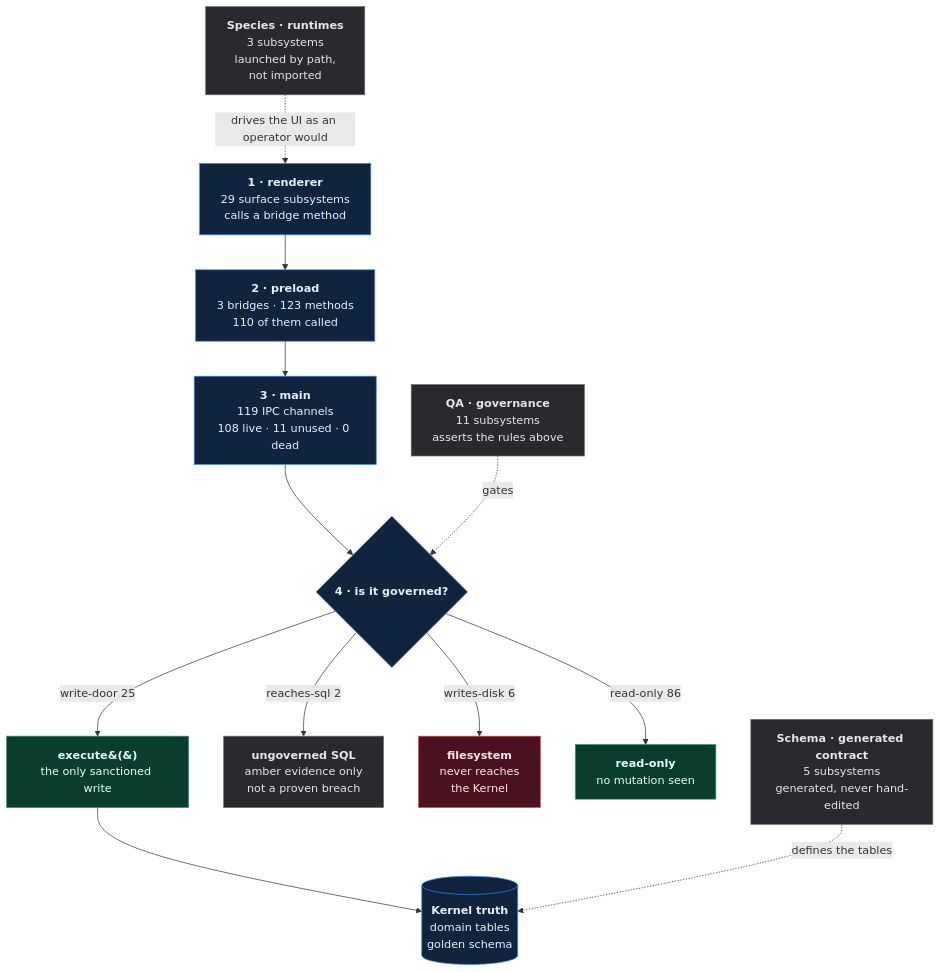
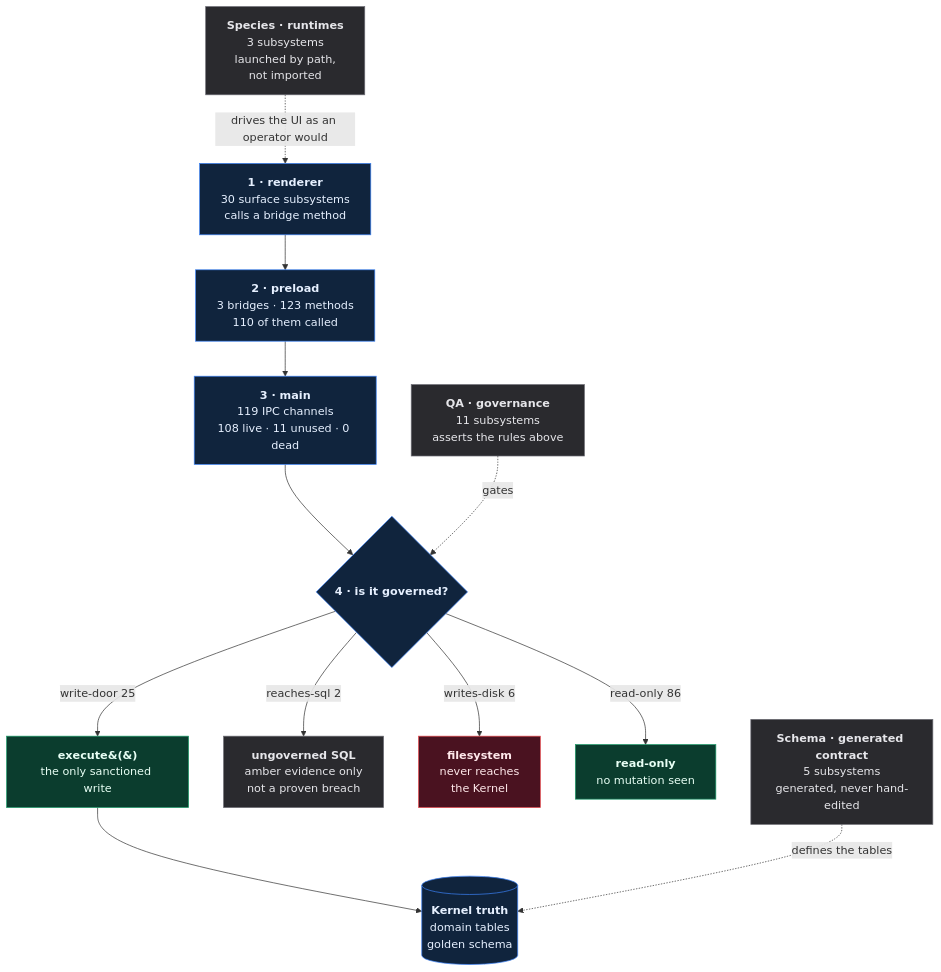
The diagram in qf-atlas/ATLAS.md (SidNig21/QuantFlow-Ontology), drawn with Mermaid before and after one commit. The commit also changed other lines of this file and 16 other files, not shown here.

````diff
--- a/qf-atlas/ATLAS.md
+++ b/qf-atlas/ATLAS.md
@@ -32,35 +32,35 @@
 ```mermaid
 flowchart TD
-  R["<b>1 · renderer</b><br/>29 surface subsystems<br/>calls a bridge method"]
+  R["<b>1 · renderer</b><br/>30 surface subsystems<br/>calls a bridge method"]
   P["<b>2 · preload</b><br/>3 bridges · 123 methods<br/>110 of them called"]
   M["<b>3 · main</b><br/>119 IPC channels<br/>108 live · 11 unused · 0 dead"]
   H{"<b>4 · is it governed?</b>"}
   E["<b>execute&#40;&#41;</b><br/>the only sanctioned write"]
   DB[("<b>Kernel truth</b><br/>domain tables<br/>golden schema")]
 
   R --> P --> M --> H
   H -->|"write-door 25"| E
   E --> DB
   A["<b>ungoverned SQL</b><br/>amber evidence only<br/>not a proven breach"]
   H -->|"reaches-sql 2"| A
   FS["<b>filesystem</b><br/>never reaches<br/>the Kernel"]
   H -->|"writes-disk 6"| FS
   RO["<b>read-only</b><br/>no mutation seen"]
   H -->|"read-only 86"| RO
 
   QA["<b>QA · governance</b><br/>11 subsystems<br/>asserts the rules above"]
   SP["<b>Species · runtimes</b><br/>3 subsystems<br/>launched by path,<br/>not imported"]
   SC["<b>Schema · generated contract</b><br/>5 subsystems<br/>generated, never hand-edited"]
   QA -.->|"gates"| H
   SC -.->|"defines the tables"| DB
   SP -.->|"drives the UI as an operator would"| R
 
   classDef good fill:#0b3d2e,stroke:#1f9d6b,color:#e8fff5
   classDef bad fill:#4a1220,stroke:#e5484d,color:#ffe8ea
   classDef gray fill:#2a2a2e,stroke:#6b6b73,color:#e6e6ea
   classDef truth fill:#10243d,stroke:#3b82f6,color:#e6f0ff
   class E,RO good
   class FS bad
   class A,QA,SP,SC gray
   class DB,R,P,M,H truth
 ```
````
